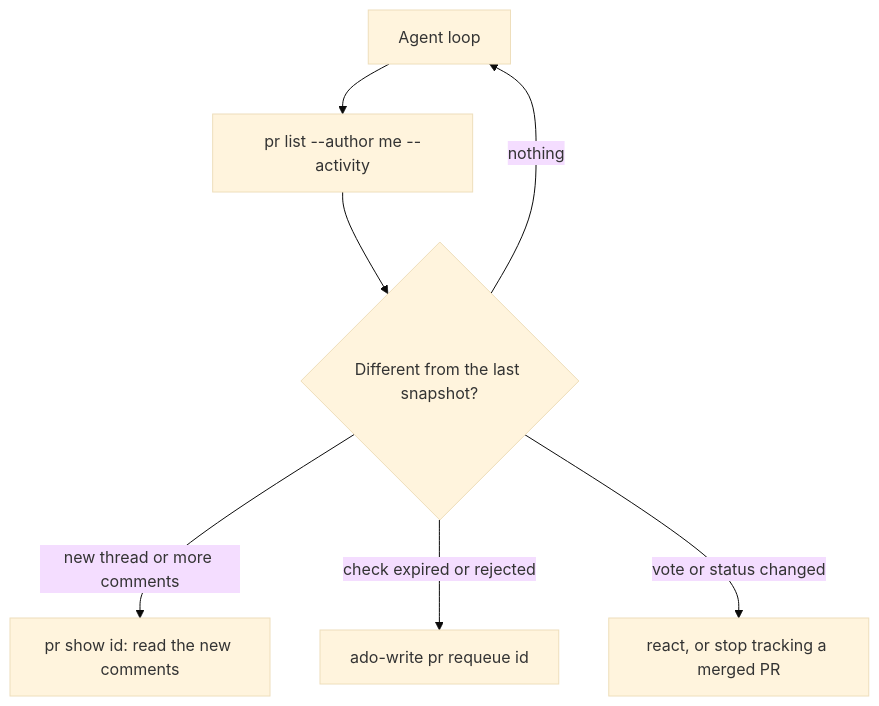
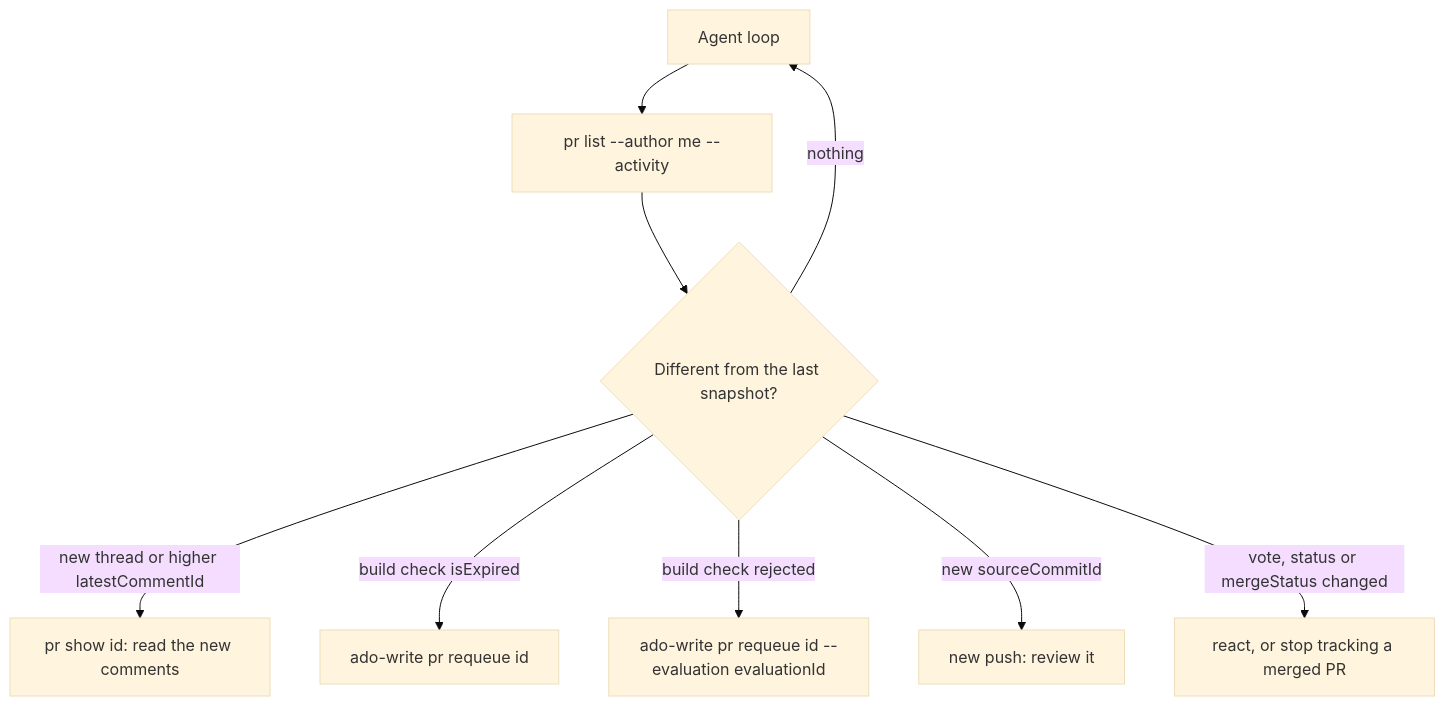
The third of 5 diagrams in README.md (kkolodziejczak/Ado-Tools), drawn with Mermaid (base theme) before and after one commit. The commit also changed other lines of this file and 5 other files, not shown here.

````diff
--- a/README.md
+++ b/README.md
@@ -320,9 +320,11 @@
 ```mermaid
 flowchart TD
     A["Agent loop"] --> B["pr list --author me --activity"]
     B --> C{"Different from the last snapshot?"}
-    C -->|"new thread or more comments"| D["pr show id: read the new comments"]
-    C -->|"check expired or rejected"| E["ado-write pr requeue id"]
-    C -->|"vote or status changed"| F["react, or stop tracking a merged PR"]
+    C -->|"new thread or higher latestCommentId"| D["pr show id: read the new comments"]
+    C -->|"build check isExpired"| E["ado-write pr requeue id"]
+    C -->|"build check rejected"| F["ado-write pr requeue id --evaluation evaluationId"]
+    C -->|"new sourceCommitId"| G["new push: review it"]
+    C -->|"vote, status or mergeStatus changed"| H["react, or stop tracking a merged PR"]
     C -->|"nothing"| A
 ```
````
